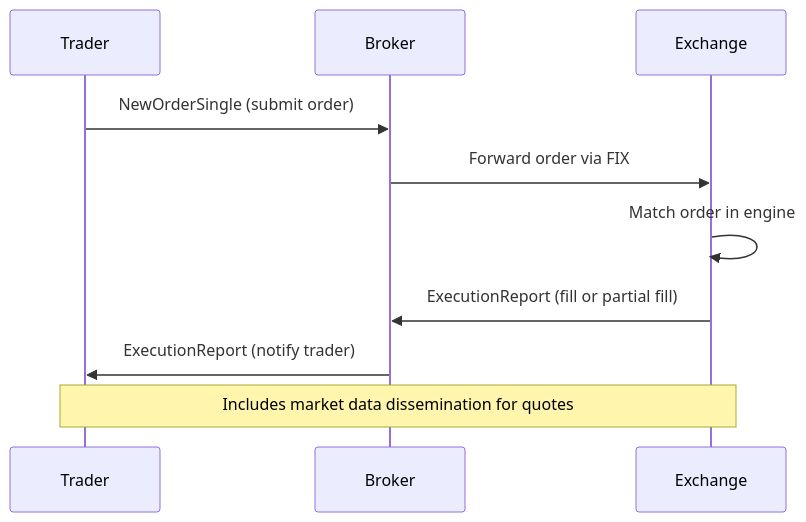
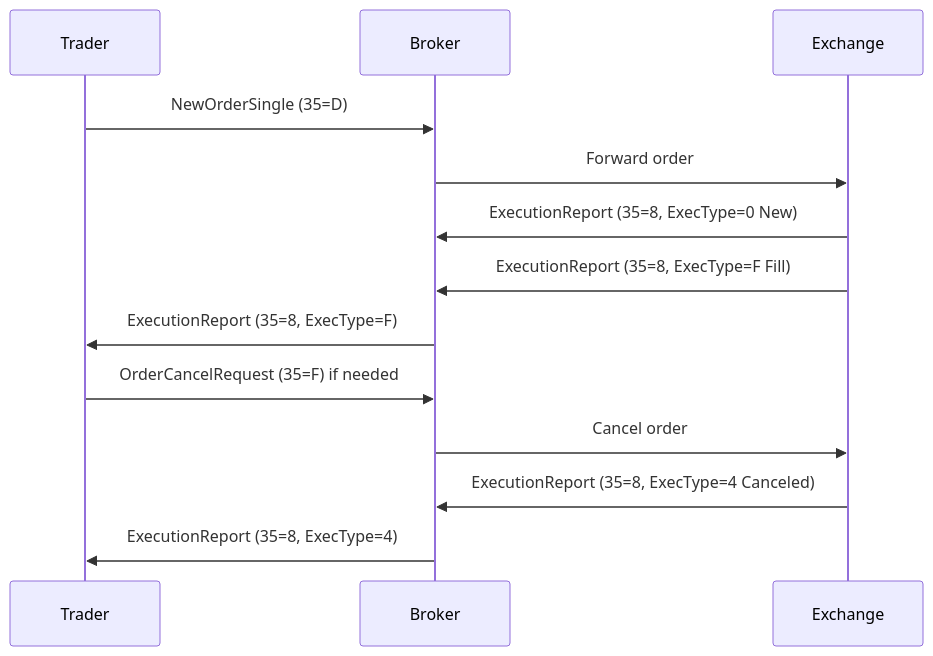
The diagram in trading/protocols/fix-protocol/README.md (VrushankPatel/interview-matters), drawn with Mermaid before and after one commit. The commit also changed other lines of this file and 10 other files, not shown here.

````diff
--- a/trading/protocols/fix-protocol/README.md
+++ b/trading/protocols/fix-protocol/README.md
@@ -69,12 +70,16 @@
 ```mermaid
 sequenceDiagram
     participant Trader
     participant Broker
     participant Exchange
-    Trader->>Broker: NewOrderSingle (submit order)
-    Broker->>Exchange: Forward order via FIX
-    Exchange->>Exchange: Match order in engine
-    Exchange->>Broker: ExecutionReport (fill or partial fill)
-    Broker->>Trader: ExecutionReport (notify trader)
-    Note over Trader,Exchange: Includes market data dissemination for quotes
+
+    Trader->>Broker: NewOrderSingle (35=D)
+    Broker->>Exchange: Forward order
+    Exchange->>Broker: ExecutionReport (35=8, ExecType=0 New)
+    Exchange->>Broker: ExecutionReport (35=8, ExecType=F Fill)
+    Broker->>Trader: ExecutionReport (35=8, ExecType=F)
+    Trader->>Broker: OrderCancelRequest (35=F) if needed
+    Broker->>Exchange: Cancel order
+    Exchange->>Broker: ExecutionReport (35=8, ExecType=4 Canceled)
+    Broker->>Trader: ExecutionReport (35=8, ExecType=4)
 ```
````
